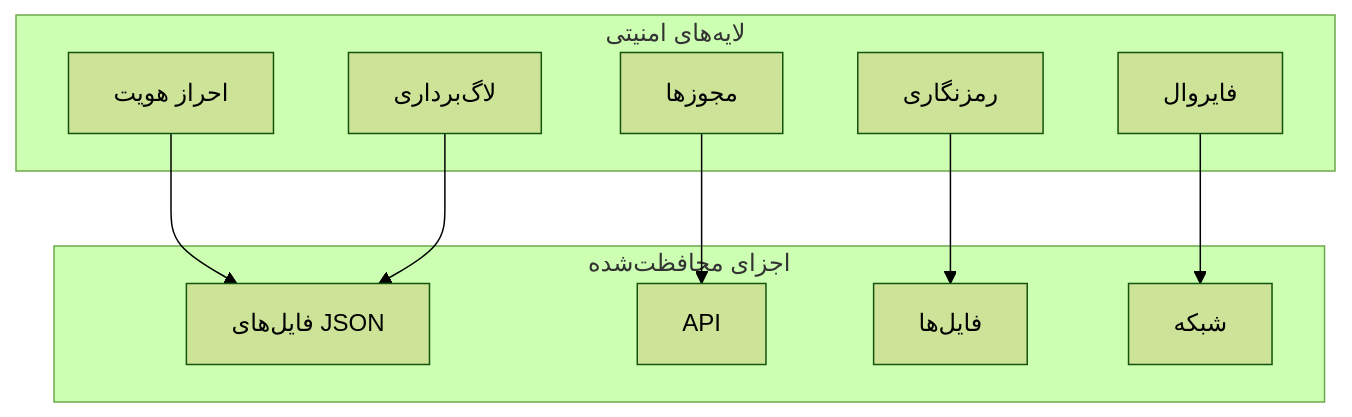
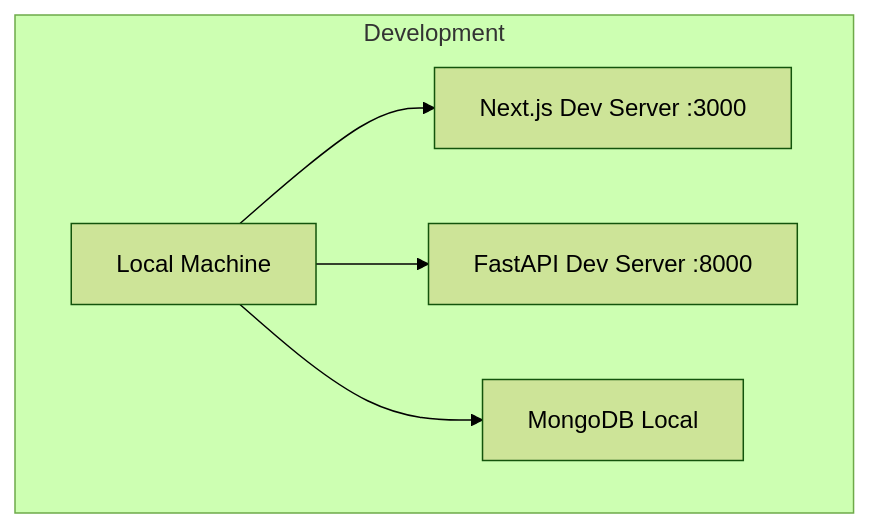
One commit to Shakour-Data/GravityManagement changed the seventh of 8 diagrams in Docs/Architecture_doc.md. Above: the diagram before and after it, drawn with Mermaid (forest theme). The commit also changed other lines of this file, not shown here.

First line of the commit message:
docs: Update architecture documentation to reflect new tech stack

````diff
--- a/Docs/Architecture_doc.md
+++ b/Docs/Architecture_doc.md
@@ -834,23 +365,13 @@
 ```mermaid
 graph TB
-    subgraph "لایه‌های امنیتی"
-        A[احراز هویت]
-        B[مجوزها]
-        C[رمزنگاری]
-        D[لاگ‌برداری]
-        E[فایروال]
+    subgraph "Development"
+        A[Local Machine]
+        B[Next.js Dev Server :3000]
+        C[FastAPI Dev Server :8000]
+        D[MongoDB Local]
     end
 
-    subgraph "اجزای محافظت‌شده"
-        F[فایل‌های JSON]
-        G[API]
-        H[فایل‌ها]
-        I[شبکه]
-    end
-
-    A --> F
-    B --> G
-    C --> H
-    D --> F
-    E --> I
+    A --> B
+    A --> C
+    A --> D
 ```
````
